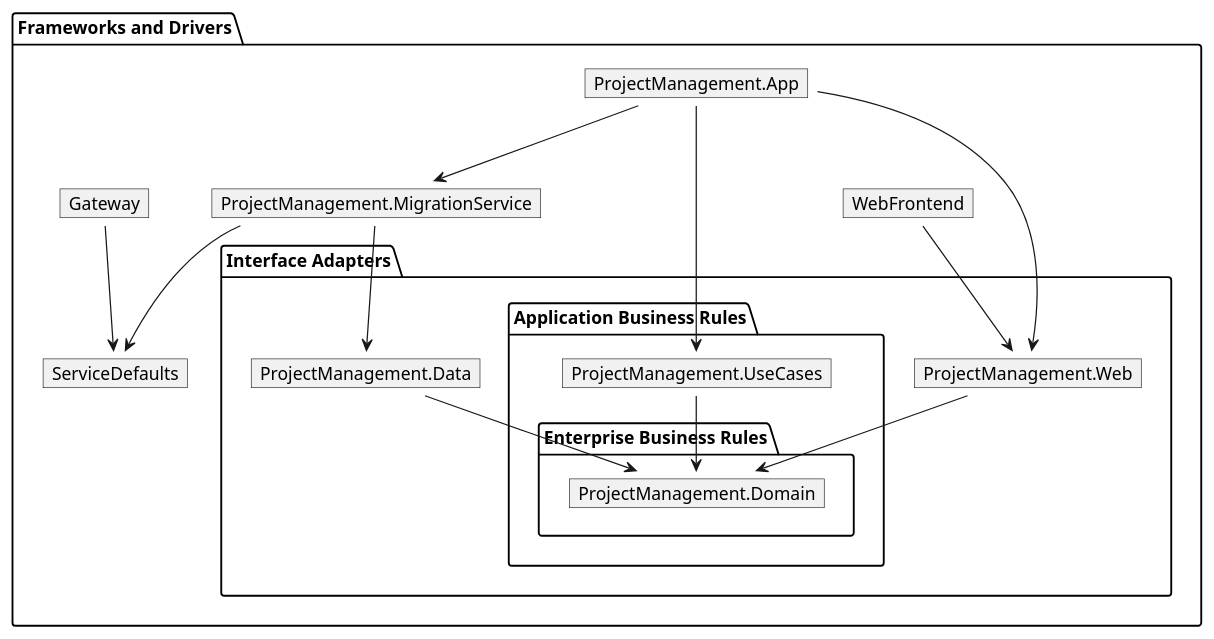
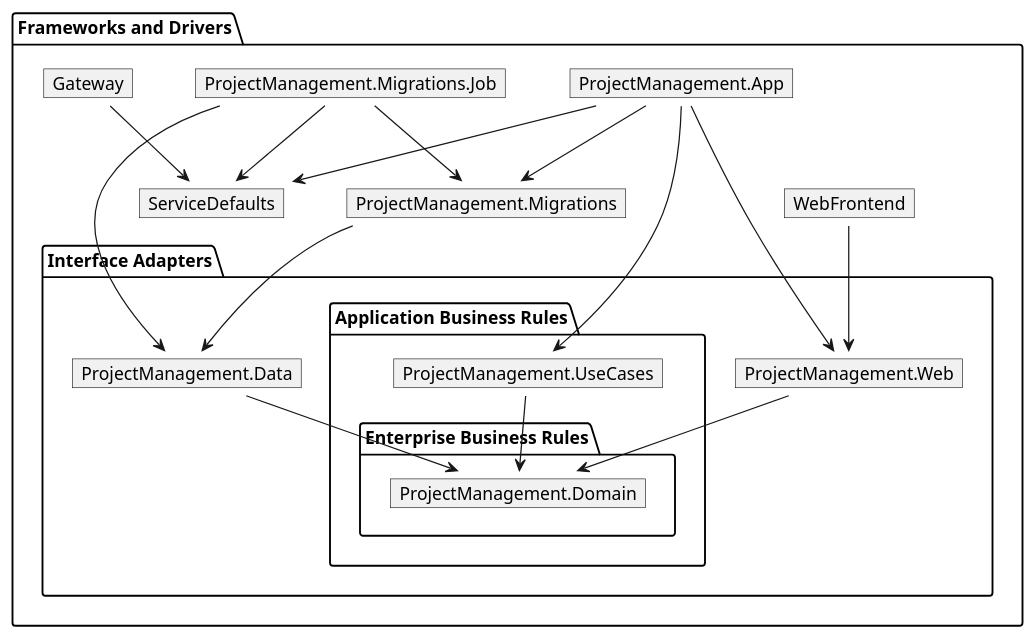
The diagram in doc/uml/layers.plantuml (Kr0oked/DotnetProjectManagement), drawn with PlantUML before and after one commit. The commit also changed 26 other files, not shown here.

```diff
--- a/doc/uml/layers.plantuml
+++ b/doc/uml/layers.plantuml
@@ -1,61 +1,68 @@
 @startuml
 
 package "Frameworks and Drivers" {
 
     map "ProjectManagement.App" as ProjectManagementApp {
     }
 
-    map "ProjectManagement.MigrationService" as ProjectManagementMigrationService {
+    map "ProjectManagement.Migrations.Job" as ProjectManagementMigrationsJob {
+    }
+
+    map "ProjectManagement.Migrations" as ProjectManagementMigrations {
     }
 
     map WebFrontend {
     }
 
     map Gateway {
     }
 
     map ServiceDefaults {
     }
 
     package "Interface Adapters" {
 
         map "ProjectManagement.Web" as ProjectManagementWeb {
         }
 
         map "ProjectManagement.Data" as ProjectManagementData {
         }
 
         package "Application Business Rules" {
 
             map "ProjectManagement.UseCases" as ProjectManagementUseCases {
             }
 
             package "Enterprise Business Rules" {
 
                 map "ProjectManagement.Domain" as ProjectManagementDomain {
                 }
 
             }
 
         }
     }
 }
 
 ProjectManagementApp --> ProjectManagementUseCases
-ProjectManagementApp --> ProjectManagementMigrationService
+ProjectManagementApp --> ProjectManagementMigrations
 ProjectManagementApp --> ProjectManagementWeb
+ProjectManagementApp --> ServiceDefaults
 
 ProjectManagementUseCases --> ProjectManagementDomain
 
-ProjectManagementMigrationService --> ProjectManagementData
-ProjectManagementMigrationService --> ServiceDefaults
+ProjectManagementMigrationsJob --> ProjectManagementData
+ProjectManagementMigrationsJob --> ProjectManagementMigrations
+ProjectManagementMigrationsJob --> ServiceDefaults
+
+ProjectManagementMigrations --> ProjectManagementData
 
 ProjectManagementWeb --> ProjectManagementDomain
 
 ProjectManagementData --> ProjectManagementDomain
 
 WebFrontend --> ProjectManagementWeb
 
 Gateway --> ServiceDefaults
 
 @enduml
```
